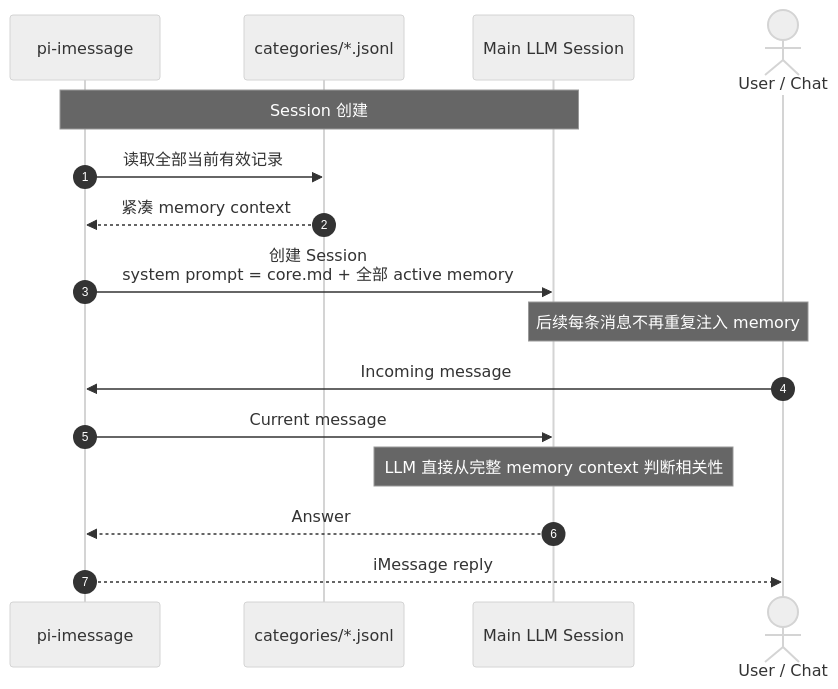
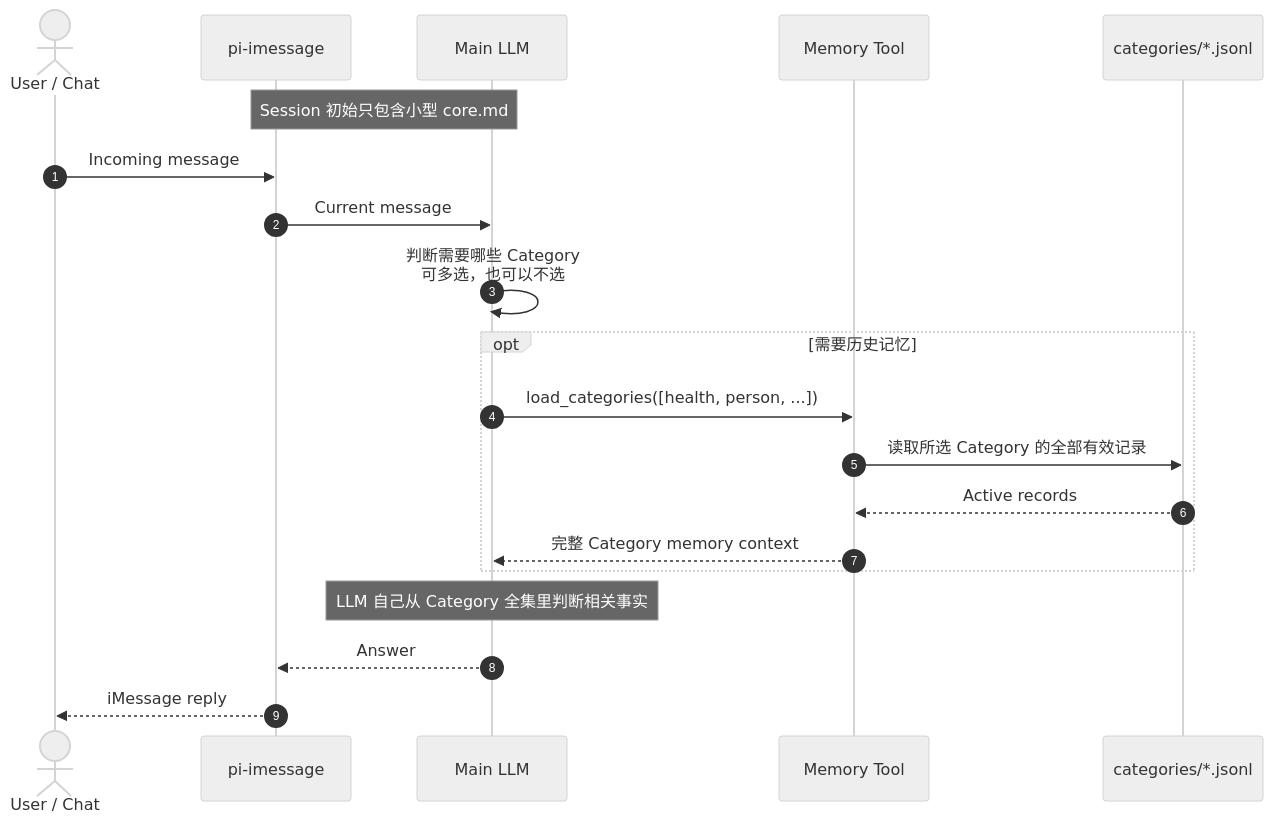
The first of 2 diagrams in docs/structured-memory-sequence.md (daya0576/pi-imessage), drawn with Mermaid (neutral theme) before and after one commit. The commit also changed other lines of this file, not shown here.

Commit message:
docs: use LLM-driven category loading flow

````diff
--- a/docs/structured-memory-sequence.md
+++ b/docs/structured-memory-sequence.md
@@ -9,20 +9,25 @@
 ```mermaid
 sequenceDiagram
     autonumber
+    actor U as User / Chat
     participant P as pi-imessage
+    participant A as Main LLM
+    participant M as Memory Tool
     participant S as categories/*.jsonl
-    participant A as Main LLM Session
-    actor U as User / Chat
 
-    Note over P,A: Session 创建
-    P->>S: 读取全部当前有效记录
-    S-->>P: 紧凑 memory context
-    P->>A: 创建 Session<br/>system prompt = core.md + 全部 active memory
-
-    Note over U,A: 后续每条消息不再重复注入 memory
+    Note over P,A: Session 初始只包含小型 core.md
     U->>P: Incoming message
     P->>A: Current message
-    Note over A: LLM 直接从完整 memory context 判断相关性
+    A->>A: 判断需要哪些 Category<br/>可多选，也可以不选
+
+    opt 需要历史记忆
+        A->>M: load_categories([health, person, ...])
+        M->>S: 读取所选 Category 的全部有效记录
+        S-->>M: Active records
+        M-->>A: 完整 Category memory context
+    end
+
+    Note over A: LLM 自己从 Category 全集里判断相关事实
     A-->>P: Answer
     P-->>U: iMessage reply
 ```
````
